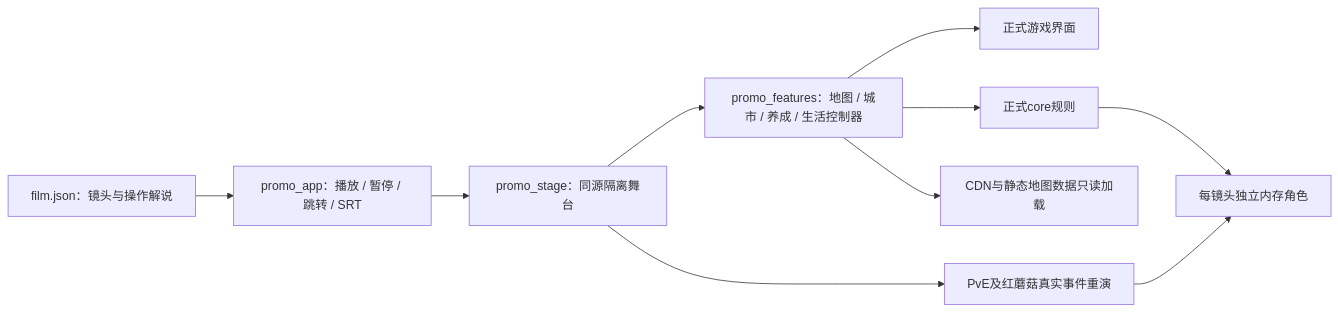
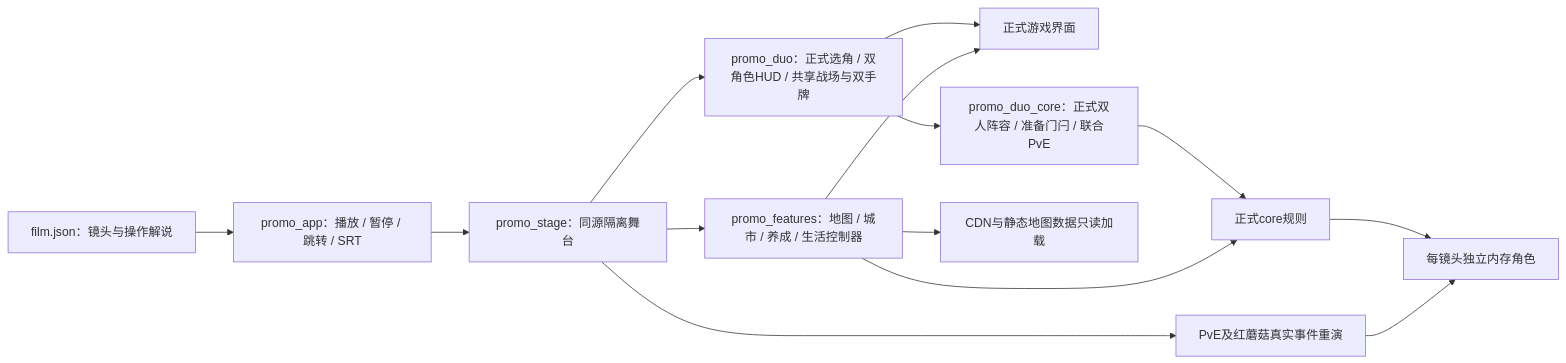
The ninth of 21 diagrams in HaqiCombatSim/docs/architecture.md (LiXizhi/HaqiWebTools), drawn with Mermaid before and after one commit. The commit also changed other lines of this file and 139 other files, not shown here.

First line of the commit message:
Add tests for battle promo duo, era clothes, companion AI, photo head calibration, and photo head functionality

````diff
--- a/HaqiCombatSim/docs/architecture.md
+++ b/HaqiCombatSim/docs/architecture.md
@@ -527,12 +527,16 @@
 ```mermaid
 flowchart LR
     Film[film.json：镜头与操作解说] --> Player[promo_app：播放 / 暂停 / 跳转 / SRT]
     Player --> Stage[promo_stage：同源隔离舞台]
     Stage --> Features[promo_features：地图 / 城市 / 养成 / 生活控制器]
     Stage --> Replay[PvE及红蘑菇真实事件重演]
+    Stage --> Duo[promo_duo：正式选角 / 双角色HUD / 共享战场与双手牌]
+    Duo --> Views
+    Duo --> DuoCore[promo_duo_core：正式双人阵容 / 准备门闩 / 联合PvE]
+    DuoCore --> Rules
     Features --> Views[正式游戏界面]
     Features --> Rules[正式core规则]
     Features --> ReadOnly[CDN与静态地图数据只读加载]
     Rules --> Memory[每镜头独立内存角色]
     Replay --> Memory
 ```
````
